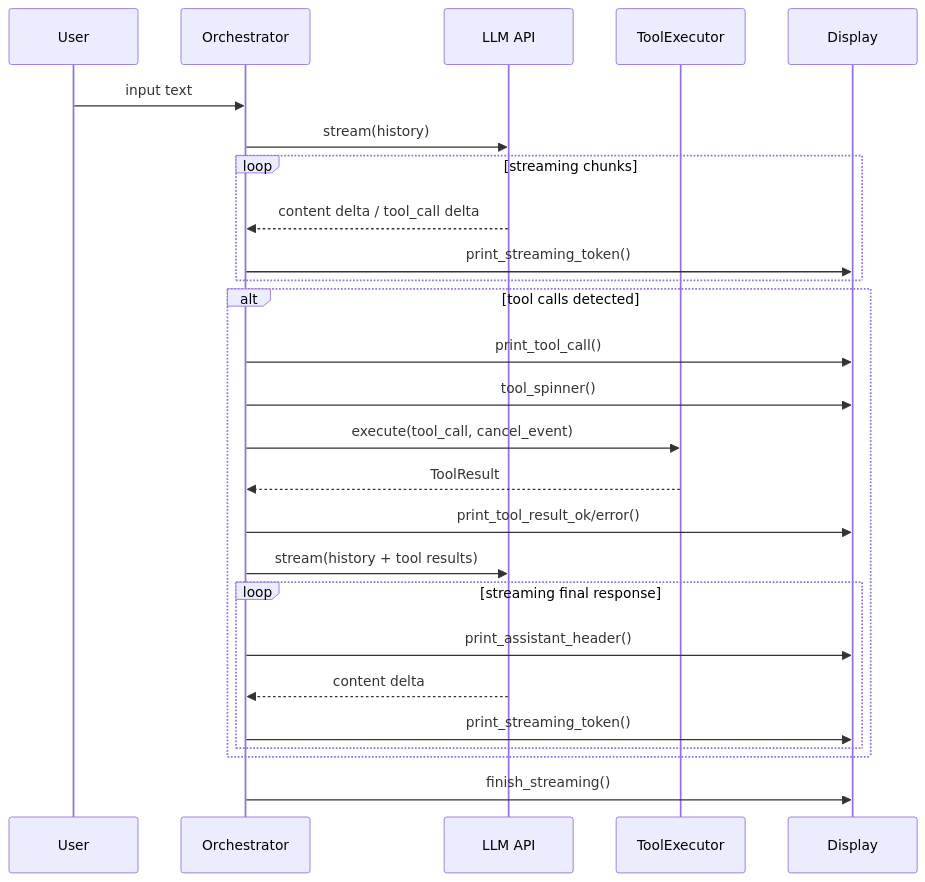
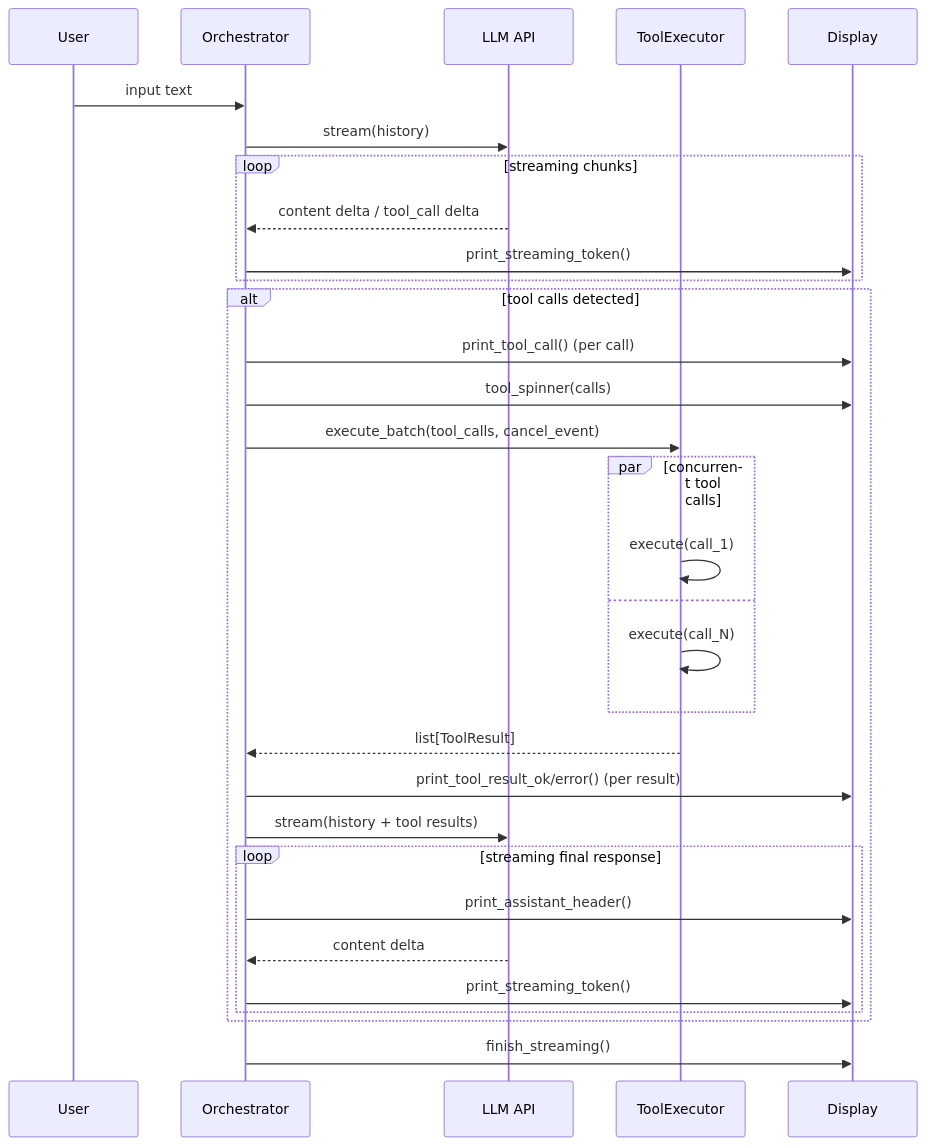
The second of 5 diagrams in ARCHITECTURE.md (codexceed/cli-chat), drawn with Mermaid before and after one commit. The commit also changed other lines of this file and 1 other file, not shown here.

Commit message:
Align docs with parallel tool execution
Update CLAUDE.md and ARCHITECTURE.md to reflect the concurrent
tool-batch behavior introduced in #11:

- Sequence diagram now shows execute_batch with a par block.
- Post-cancellation section documents both pre-batch (stubs) and
  mid-batch (cancelled ToolResults) paths.
- Key Design Decisions gains a "Concurrent tool execution" entry;
  "History integrity on cancel" covers both cancel paths.
- CLAUDE.md key decisions note concurrency and the two-path cancel
  contract.

````diff
--- a/ARCHITECTURE.md
+++ b/ARCHITECTURE.md
@@ -29,29 +29,34 @@
 ```mermaid
 sequenceDiagram
     participant U as User
     participant O as Orchestrator
     participant L as LLM API
     participant T as ToolExecutor
     participant D as Display
 
     U->>O: input text
     O->>L: stream(history)
     loop streaming chunks
         L-->>O: content delta / tool_call delta
         O->>D: print_streaming_token()
     end
     alt tool calls detected
-        O->>D: print_tool_call()
-        O->>D: tool_spinner()
-        O->>T: execute(tool_call, cancel_event)
-        T-->>O: ToolResult
-        O->>D: print_tool_result_ok/error()
+        O->>D: print_tool_call() (per call)
+        O->>D: tool_spinner(calls)
+        O->>T: execute_batch(tool_calls, cancel_event)
+        par concurrent tool calls
+            T->>T: execute(call_1)
+        and
+            T->>T: execute(call_N)
+        end
+        T-->>O: list[ToolResult]
+        O->>D: print_tool_result_ok/error() (per result)
         O->>L: stream(history + tool results)
         loop streaming final response
             O->>D: print_assistant_header()
             L-->>O: content delta
             O->>D: print_streaming_token()
         end
     end
     O->>D: finish_streaming()
 ```
````
